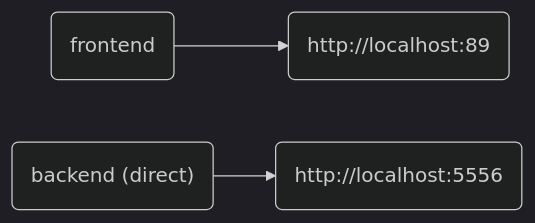
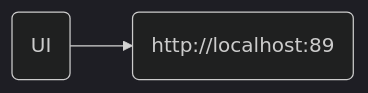
Before and after one commit to chump29/sober: the first of 2 diagrams in README.md, drawn with Mermaid (dark theme). The commit also changed other lines of this file and 63 other files, not shown here.

````diff
--- a/README.md
+++ b/README.md
@@ -7,9 +9,6 @@
 ```mermaid
 flowchart LR
-frontend@{shape: rounded, label: "frontend"}
-frontendPort@{shape: rounded, label: "http://localhost:89"}
-backend@{shape: rounded, label: "backend (direct)"}
-backendPort@{shape: rounded, label: "http://localhost:5556"}
-frontend-->frontendPort
-backend-->backendPort
+ui@{shape: rounded, label: "UI"}
+uiPort@{shape: rounded, label: "http://localhost:89"}
+ui-->uiPort
 ```
````
